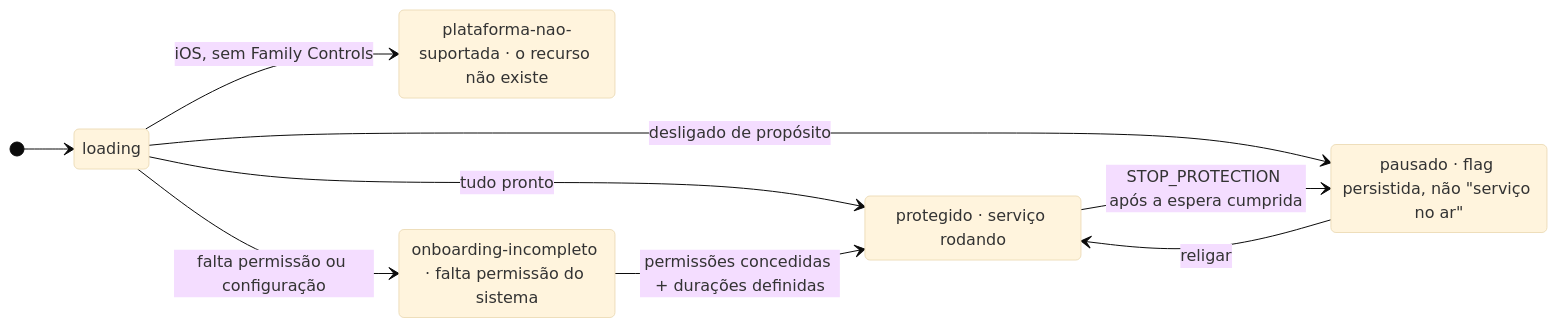
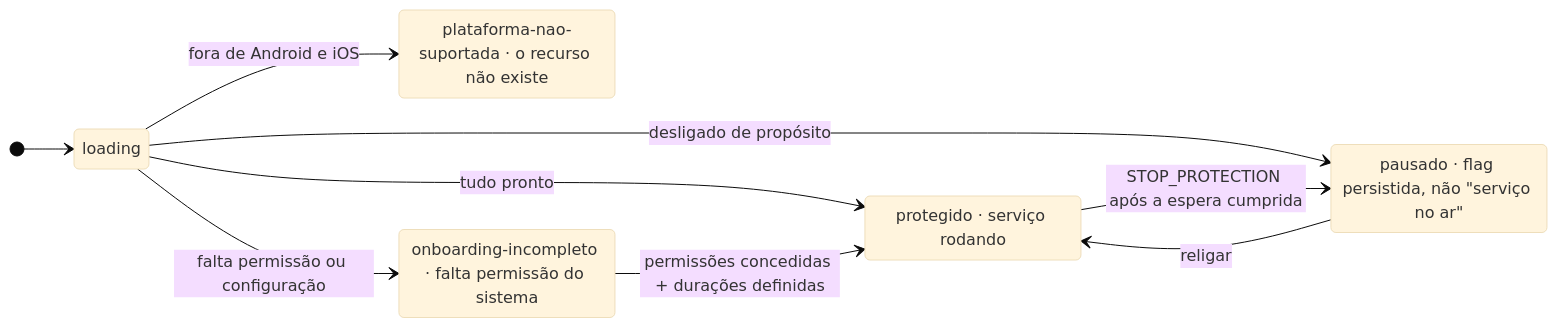
The second of 3 diagrams in README.md (lucasmarujo/Instablock), drawn with Mermaid (base theme) before and after one commit. The commit also changed other lines of this file and 1 other file, not shown here.

````diff
--- a/README.md
+++ b/README.md
@@ -187,19 +224,19 @@
 ```mermaid
 stateDiagram-v2
     direction LR
     [*] --> loading
 
-    loading --> nao_suportada: iOS, sem Family Controls
+    loading --> nao_suportada: fora de Android e iOS
     loading --> incompleto: falta permissão ou configuração
     loading --> pausado: desligado de propósito
     loading --> protegido: tudo pronto
 
     incompleto --> protegido: permissões concedidas + durações definidas
     protegido --> pausado: STOP_PROTECTION após a espera cumprida
     pausado --> protegido: religar
 
     nao_suportada: plataforma-nao-suportada · o recurso não existe
     incompleto: onboarding-incompleto · falta permissão do sistema
     pausado: pausado · flag persistida, não "serviço no ar"
     protegido: protegido · serviço rodando
 ```
````
